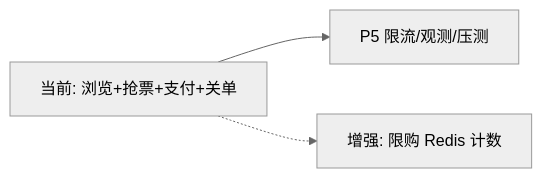
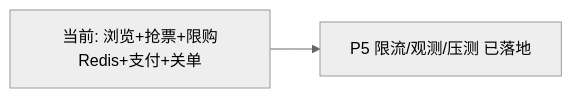
Before and after one commit to Pderi/High-Concurrency-Project: diagram 14 of 14 in docs/讲解/用户浏览与抢票全链路说明.md, drawn with Mermaid (neutral theme). The commit also changed other lines of this file and 11 other files, not shown here.

````diff
--- a/docs/讲解/用户浏览与抢票全链路说明.md
+++ b/docs/讲解/用户浏览与抢票全链路说明.md
@@ -612,5 +1037,4 @@
 ```mermaid
 flowchart LR
-  Done[当前: 浏览+抢票+支付+关单] --> P5[P5 限流/观测/压测]
-  Done -.-> Enh[增强: 限购 Redis 计数]
+  Done[当前: 浏览+抢票+限购Redis+支付+关单] --> P5[P5 限流/观测/压测 已落地]
 ```
````
